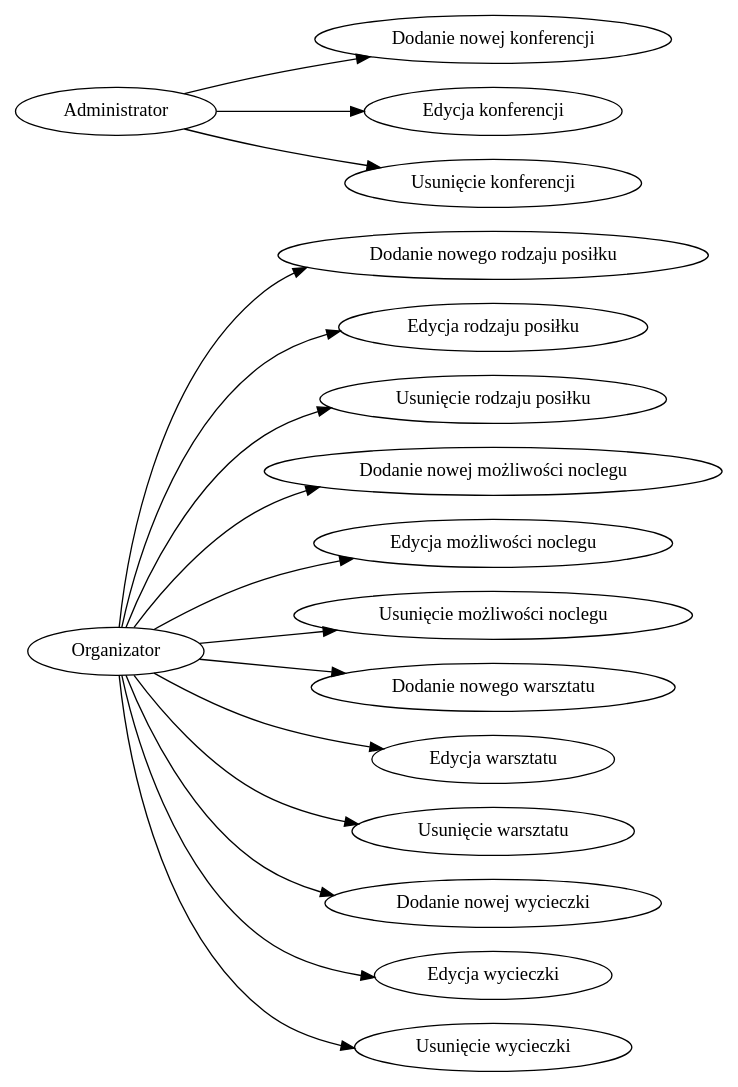
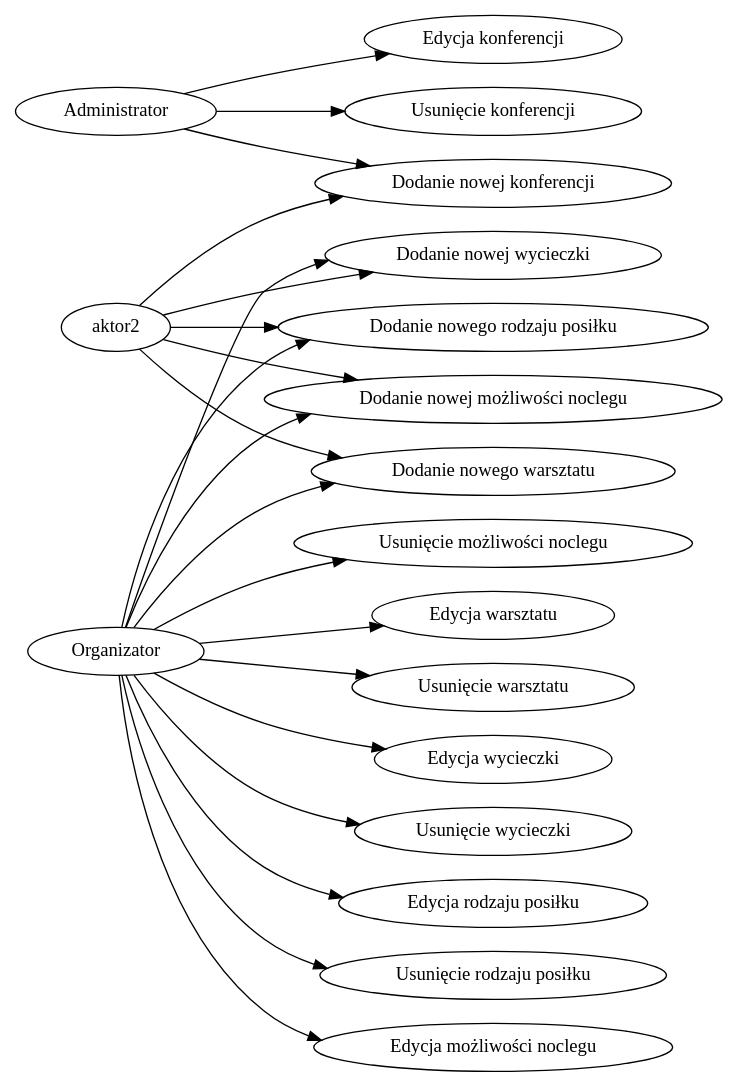
Before and after one commit to zyla/iop_konferencja: the diagram in przypadki.dot, drawn with Graphviz. The commit also changed 4 other files, not shown here.

```diff
--- a/przypadki.dot
+++ b/przypadki.dot
@@ -1,16 +1,21 @@
 digraph { rankdir=LR; "Organizator" -> "Dodanie nowego rodzaju posiłku"
+"aktor2" -> "Dodanie nowego rodzaju posiłku"
 "Organizator" -> "Edycja rodzaju posiłku"
 "Organizator" -> "Usunięcie rodzaju posiłku"
 "Organizator" -> "Dodanie nowej możliwości noclegu"
+"aktor2" -> "Dodanie nowej możliwości noclegu"
 "Organizator" -> "Edycja możliwości noclegu"
 "Organizator" -> "Usunięcie możliwości noclegu"
 "Organizator" -> "Dodanie nowego warsztatu"
+"aktor2" -> "Dodanie nowego warsztatu"
 "Organizator" -> "Edycja warsztatu"
 "Organizator" -> "Usunięcie warsztatu"
 "Organizator" -> "Dodanie nowej wycieczki"
+"aktor2" -> "Dodanie nowej wycieczki"
 "Organizator" -> "Edycja wycieczki"
 "Organizator" -> "Usunięcie wycieczki"
 "Administrator" -> "Dodanie nowej konferencji"
+"aktor2" -> "Dodanie nowej konferencji"
 "Administrator" -> "Edycja konferencji"
 "Administrator" -> "Usunięcie konferencji"
  }
```
